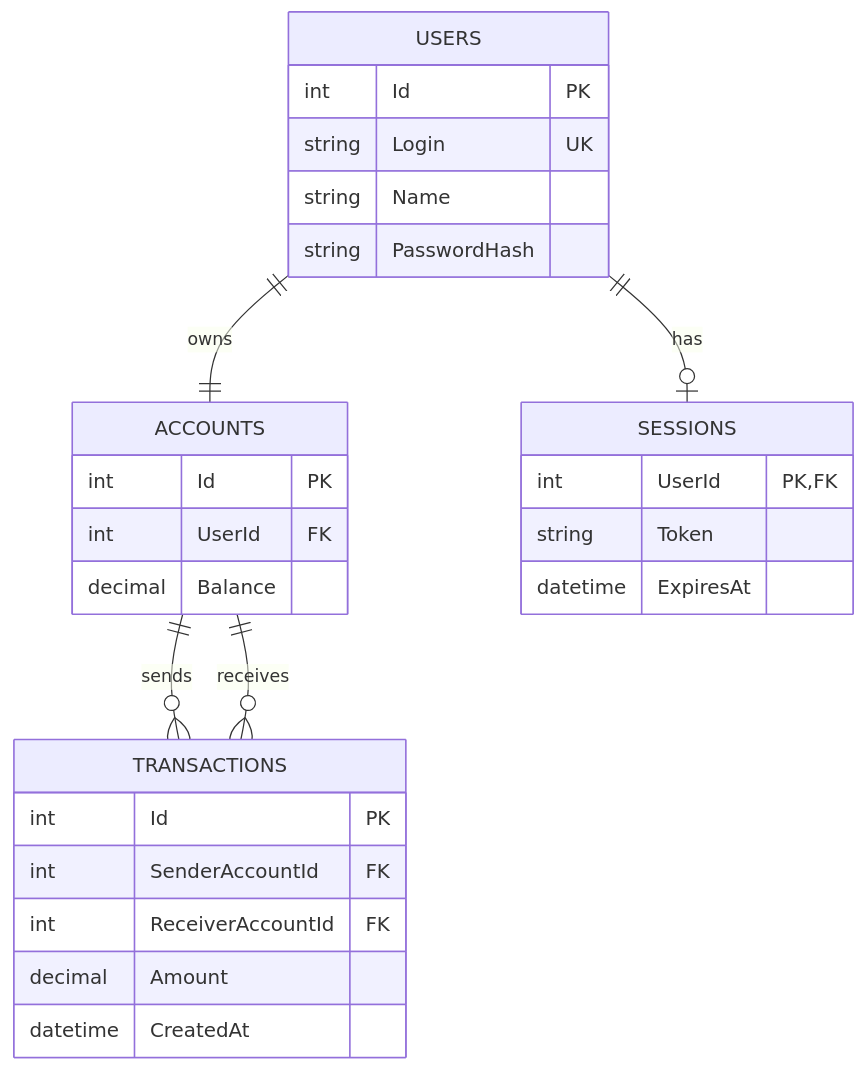
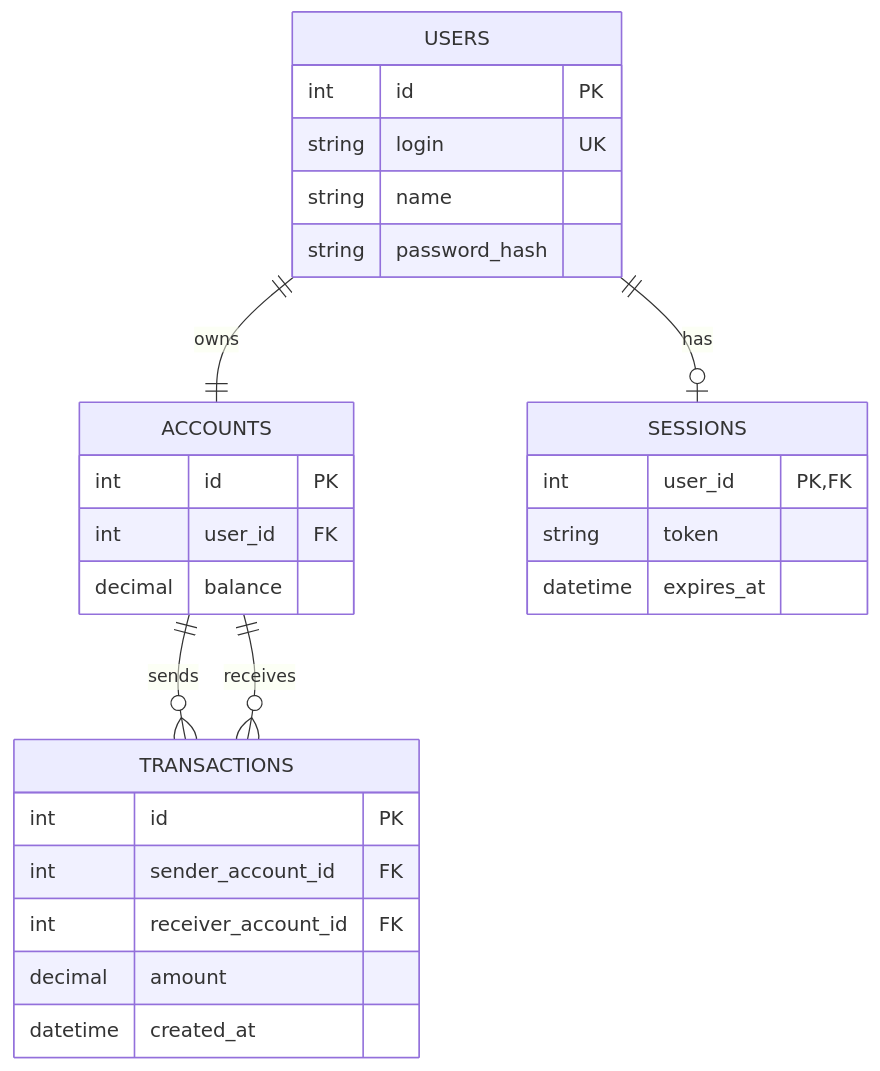
One commit to rndv1/Nexora changed the second of 2 diagrams in README.en.md. Above: the diagram before and after it, drawn with Mermaid. The commit also changed other lines of this file and 26 other files, not shown here.

````diff
--- a/README.en.md
+++ b/README.en.md
@@ -394,34 +393,34 @@
 ```mermaid
 erDiagram
     USERS ||--|| ACCOUNTS : owns
     USERS ||--o| SESSIONS : has
     ACCOUNTS ||--o{ TRANSACTIONS : sends
     ACCOUNTS ||--o{ TRANSACTIONS : receives
 
     USERS {
-        int Id PK
-        string Login UK
-        string Name
-        string PasswordHash
+        int id PK
+        string login UK
+        string name
+        string password_hash
     }
 
     ACCOUNTS {
-        int Id PK
-        int UserId FK
-        decimal Balance
+        int id PK
+        int user_id FK
+        decimal balance
     }
 
     SESSIONS {
-        int UserId PK, FK
-        string Token
-        datetime ExpiresAt
+        int user_id PK, FK
+        string token
+        datetime expires_at
     }
 
     TRANSACTIONS {
-        int Id PK
-        int SenderAccountId FK
-        int ReceiverAccountId FK
-        decimal Amount
-        datetime CreatedAt
+        int id PK
+        int sender_account_id FK
+        int receiver_account_id FK
+        decimal amount
+        datetime created_at
     }
 ```
````
